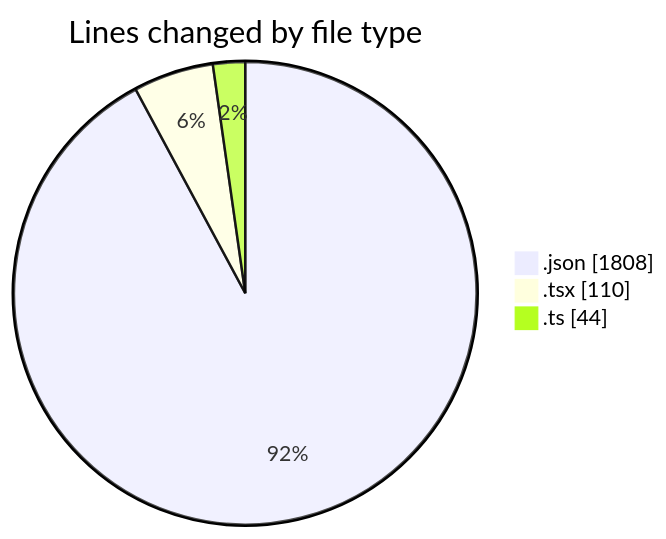
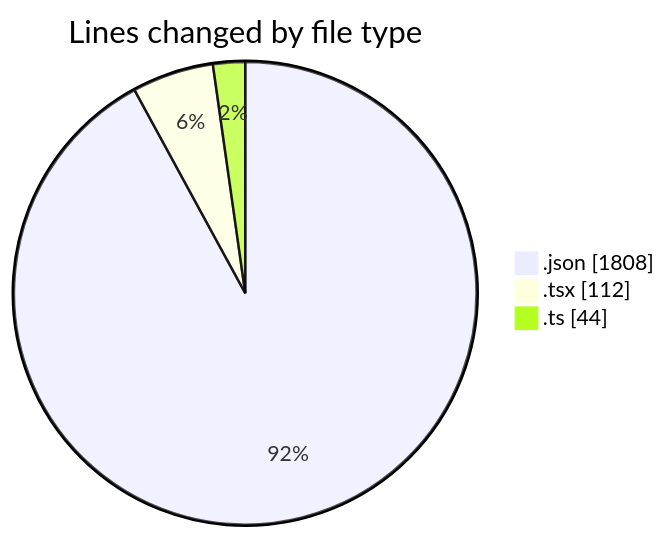
The first of 2 diagrams in 2025-11-19/eventscop-frontend-guide__workspace_/README.md (julien-gomy/code-tracking), drawn with Mermaid before and after one commit. The commit also changed other lines of this file and 1 other file, not shown here.

````diff
--- a/2025-11-19/eventscop-frontend-guide__workspace_/README.md
+++ b/2025-11-19/eventscop-frontend-guide__workspace_/README.md
@@ -30,7 +30,7 @@
 ```mermaid
 pie showData
 title Lines changed by file type
 ".json" : 1808
-".tsx" : 110
+".tsx" : 112
 ".ts" : 44
 ```
````
